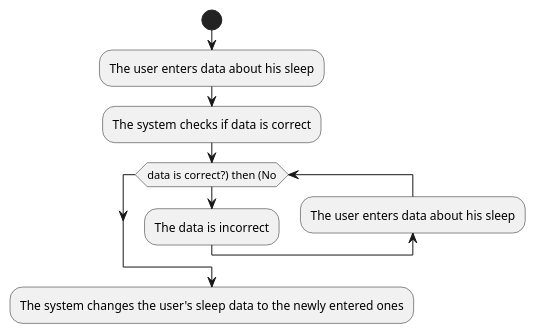
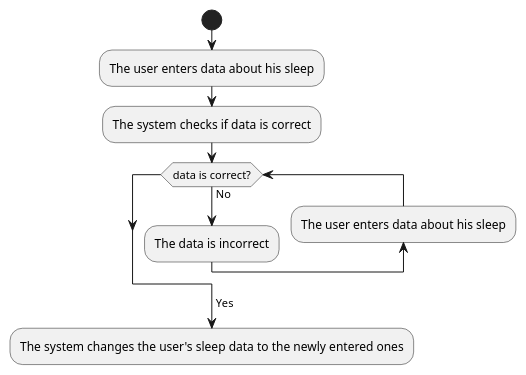
The diagram in 2-SoftwareDesign/2.7-PlantUML/UML-Activity.puml (oleksandrblazhko/eai205-boychuk), drawn with PlantUML before and after one commit.

```diff
--- a/2-SoftwareDesign/2.7-PlantUML/UML-Activity.puml
+++ b/2-SoftwareDesign/2.7-PlantUML/UML-Activity.puml
@@ -1,13 +1,15 @@
 @startuml
 start
 
 :The user enters data about his sleep;
 :The system checks if data is correct;
 
-while (data is correct?) then (No)
+while (data is correct?) 
+  ->No;
   :The data is incorrect;
   backward :The user enters data about his sleep;
 endwhile
+->Yes;
 :The system changes the user's sleep data to the newly entered ones;
 
 @enduml
```
